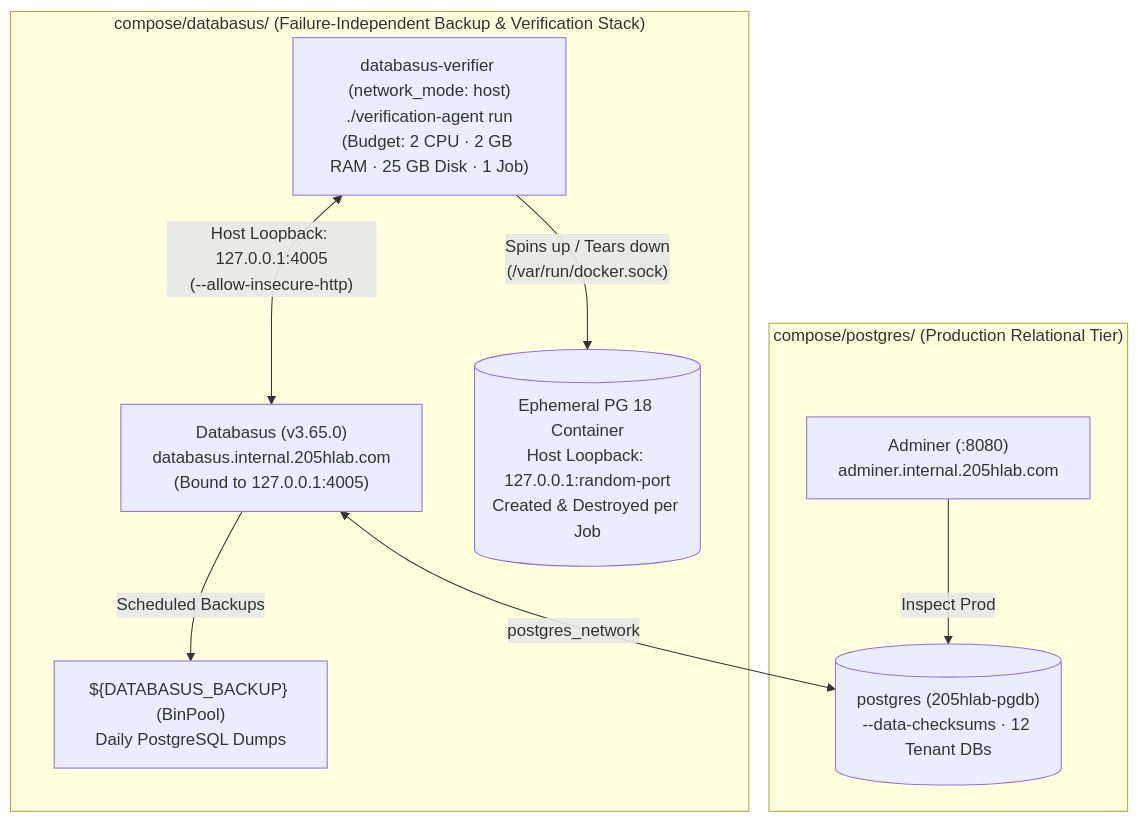
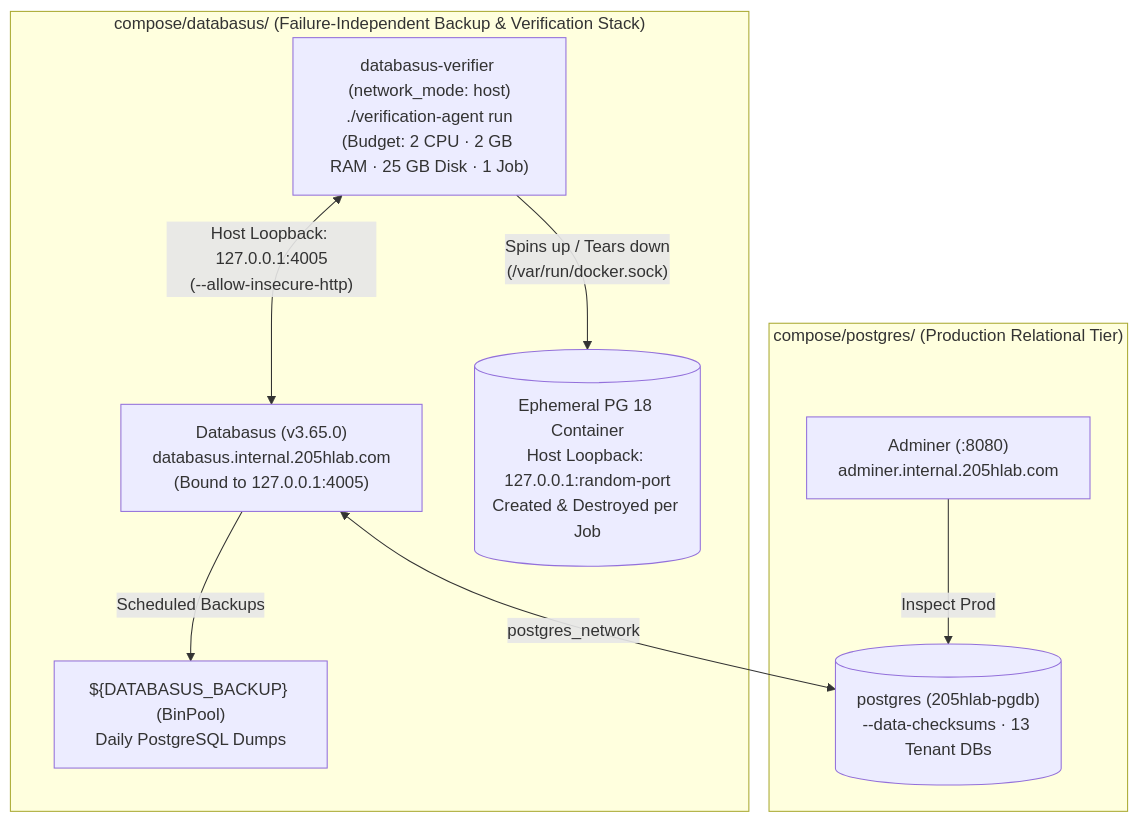
Before and after one commit to Dr20Ervin/205hlab: the diagram in docs/runbooks/disaster-recovery.md, drawn with Mermaid. The commit also changed other lines of this file and 12 other files, not shown here.

````diff
--- a/docs/runbooks/disaster-recovery.md
+++ b/docs/runbooks/disaster-recovery.md
@@ -58,22 +58,22 @@
 ```mermaid
 flowchart TD
     subgraph DatabasusStack["compose/databasus/ (Failure-Independent Backup & Verification Stack)"]
         DBU["Databasus (v3.65.0)\ndatabasus.internal.205hlab.com\n(Bound to 127.0.0.1:4005)"]
         VER["databasus-verifier (network_mode: host)\n./verification-agent run\n(Budget: 2 CPU · 2 GB RAM · 25 GB Disk · 1 Job)"]
         EPHEM[("Ephemeral PG 18 Container\nHost Loopback: 127.0.0.1:random-port\nCreated & Destroyed per Job")]
         STORE["${DATABASUS_BACKUP} (BinPool)\nDaily PostgreSQL Dumps"]
         
         DBU -->|Scheduled Backups| STORE
         VER <-->|"Host Loopback: 127.0.0.1:4005\n(--allow-insecure-http)"| DBU
         VER -->|"Spins up / Tears down\n(/var/run/docker.sock)"| EPHEM
     end
 
     subgraph PostgresStack["compose/postgres/ (Production Relational Tier)"]
-        PROD[("postgres (205hlab-pgdb)\n--data-checksums · 12 Tenant DBs")]
+        PROD[("postgres (205hlab-pgdb)\n--data-checksums · 13 Tenant DBs")]
         ADM["Adminer (:8080)\nadminer.internal.205hlab.com"]
         
         ADM -->|Inspect Prod| PROD
     end
 
     DBU <-->|postgres_network| PROD
 ```
````
